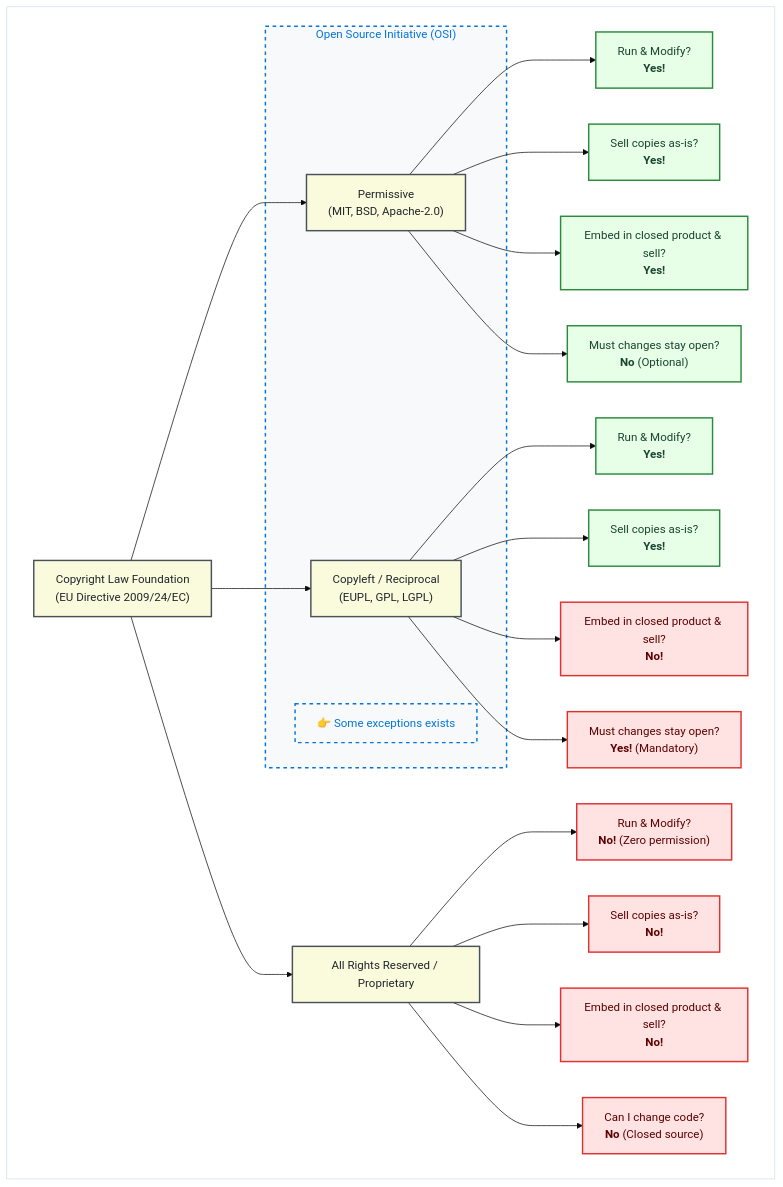
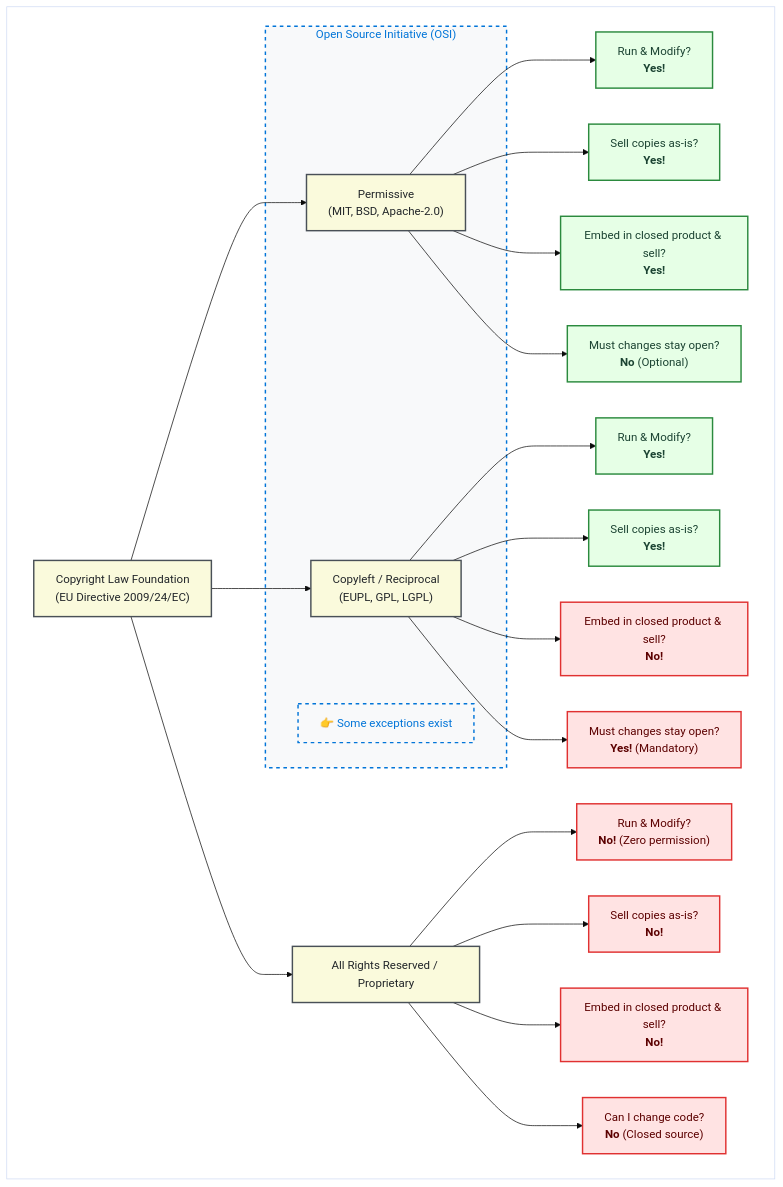
One commit to coderefinery/social-coding changed the diagram in content/software-licensing-eu.md. Above: the diagram before and after it, drawn with Mermaid (base theme). The commit also changed other lines of this file, not shown here.

````diff
--- a/content/software-licensing-eu.md
+++ b/content/software-licensing-eu.md
@@ -37,41 +39,41 @@
 ```{mermaid}
    flowchart TB
      subgraph box[ ]
        A["Copyright Law Foundation<br/>(EU Directive 2009/24/EC)"] --> B["Permissive<br/>(MIT, BSD, Apache-2.0)"]
        A --> C["Copyleft / Reciprocal<br/>(EUPL, GPL, LGPL)"]
        A --> D["All Rights Reserved / Proprietary"]
    
        B --> B1["Run & Modify?<br/><b>Yes!</b>"]
        B --> B2["Sell copies as-is?<br/><b>Yes!</b>"]
        B --> B3["Embed in closed product & sell?<br/><b>Yes!</b>"]
        B --> B4["Must changes stay open?<br/><b>No</b> (Optional)"]
    
        C --> C1["Run & Modify?<br/><b>Yes!</b>"]
        C --> C2["Sell copies as-is?<br/><b>Yes!</b>"]
        C --> C3["Embed in closed product & sell?<br/><b>No!</b>"]
        C --> C4["Must changes stay open?<br/><b>Yes!</b> (Mandatory)"]
    
        D --> D1["Run & Modify?<br/><b>No!</b> (Zero permission)"]
        D --> D2["Sell copies as-is?<br/><b>No!</b>"]
        D --> D3["Embed in closed product & sell?<br/><b>No!</b>"]
        D --> D4["Can I change code?<br/><b>No</b> (Closed source)"]
        subgraph osi["Open Source Initiative (OSI)"]
-           osi_H["👉 Some exceptions exists"]
+           osi_H["👉 Some exceptions exist"]
            B["Permissive<br/>(MIT, BSD, Apache-2.0)"]
            C["Copyleft / Reciprocal<br/>(EUPL, GPL, LGPL)"]
          end
      end
        classDef permissive fill:#e6ffe6,stroke:#2b8a3e,stroke-width:2px,color:#1b4332;
        classDef copyleft fill:#fff9db,stroke:#f59f00,stroke-width:2px,color:#5c3c00;
        classDef proprietary fill:#ffe3e3,stroke:#e03131,stroke-width:2px,color:#5c0000;
        classDef header fill:#f8f9fa,stroke:#495057,stroke-width:2px,color:#212529;
        classDef mains fill:#fafadc,stroke:#495057,stroke-width:2px,color:#212529;
         classDef osiBox fill:#f8f9fa,stroke:#0275d8,stroke-width:2px,stroke-dasharray: 5 5,color:#0275d8;
        classDef box fill:#ffffff;
        class B1,B2,B3,B4,C1,C2 permissive;
        class C3,C4,D1,D2,D3,D4 proprietary;
        class box box; 
        class A,B,C,D mains;
        class osi_H,osi osiBox;
 
 ```
````
